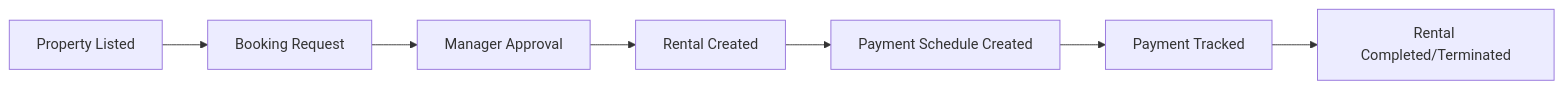
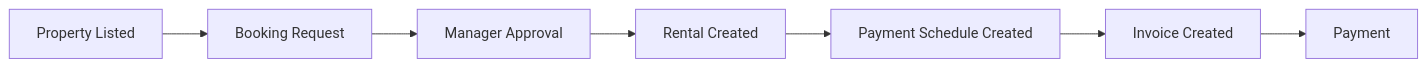
Before and after one commit to One-Marvellous/Property-Rental-Management-System: the diagram in README.md, drawn with Mermaid. The commit also changed other lines of this file and 3 other files, not shown here.

Commit message:
Readme updates and database schema update

````diff
--- a/README.md
+++ b/README.md
@@ -68,9 +65,9 @@
 ```mermaid
 graph LR
   A[Property Listed] --> B[Booking Request]
   B --> C[Manager Approval]
   C --> D[Rental Created]
   D --> E[Payment Schedule Created]
-  E --> F[Payment Tracked]
-  F --> G[Rental Completed/Terminated]
+  E --> F[Invoice Created]
+  F --> G[Payment]
 ```
````
